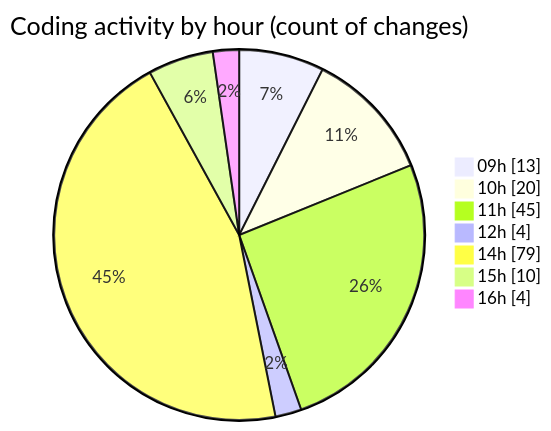
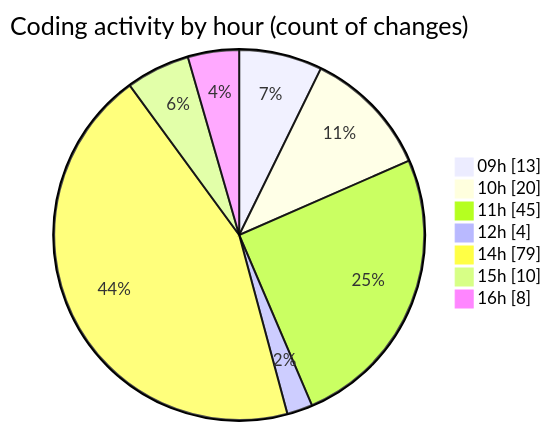
The second of 2 diagrams in 2026-04-29/cda/README.md (momahboobian/code-tracking), drawn with Mermaid before and after one commit. The commit also changed other lines of this file and 1 other file, not shown here.

````diff
--- a/2026-04-29/cda/README.md
+++ b/2026-04-29/cda/README.md
@@ -65,11 +66,11 @@
 ```mermaid
 pie showData
 title Coding activity by hour (count of changes)
 "09h" : 13
 "10h" : 20
 "11h" : 45
 "12h" : 4
 "14h" : 79
 "15h" : 10
-"16h" : 4
+"16h" : 8
 ```
````
